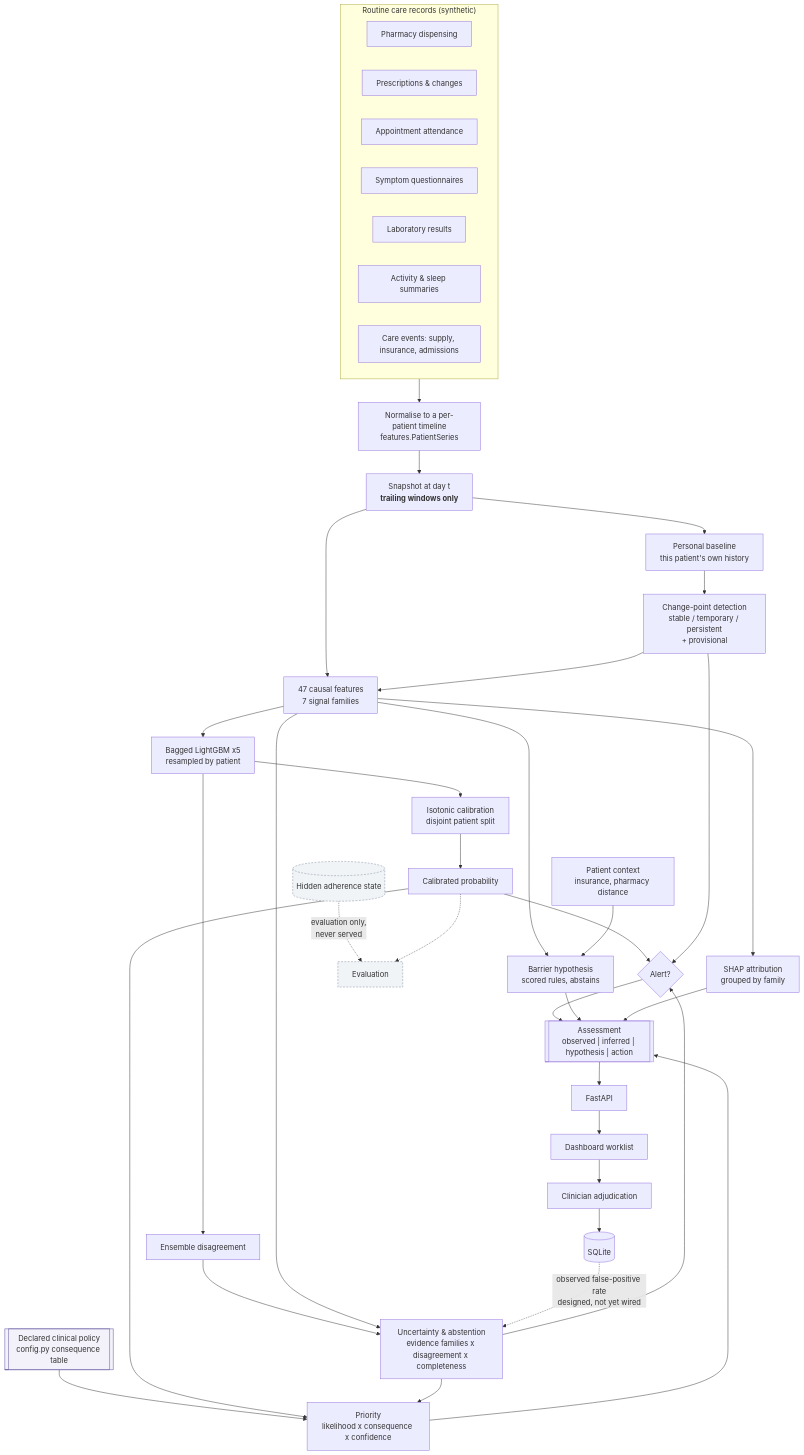
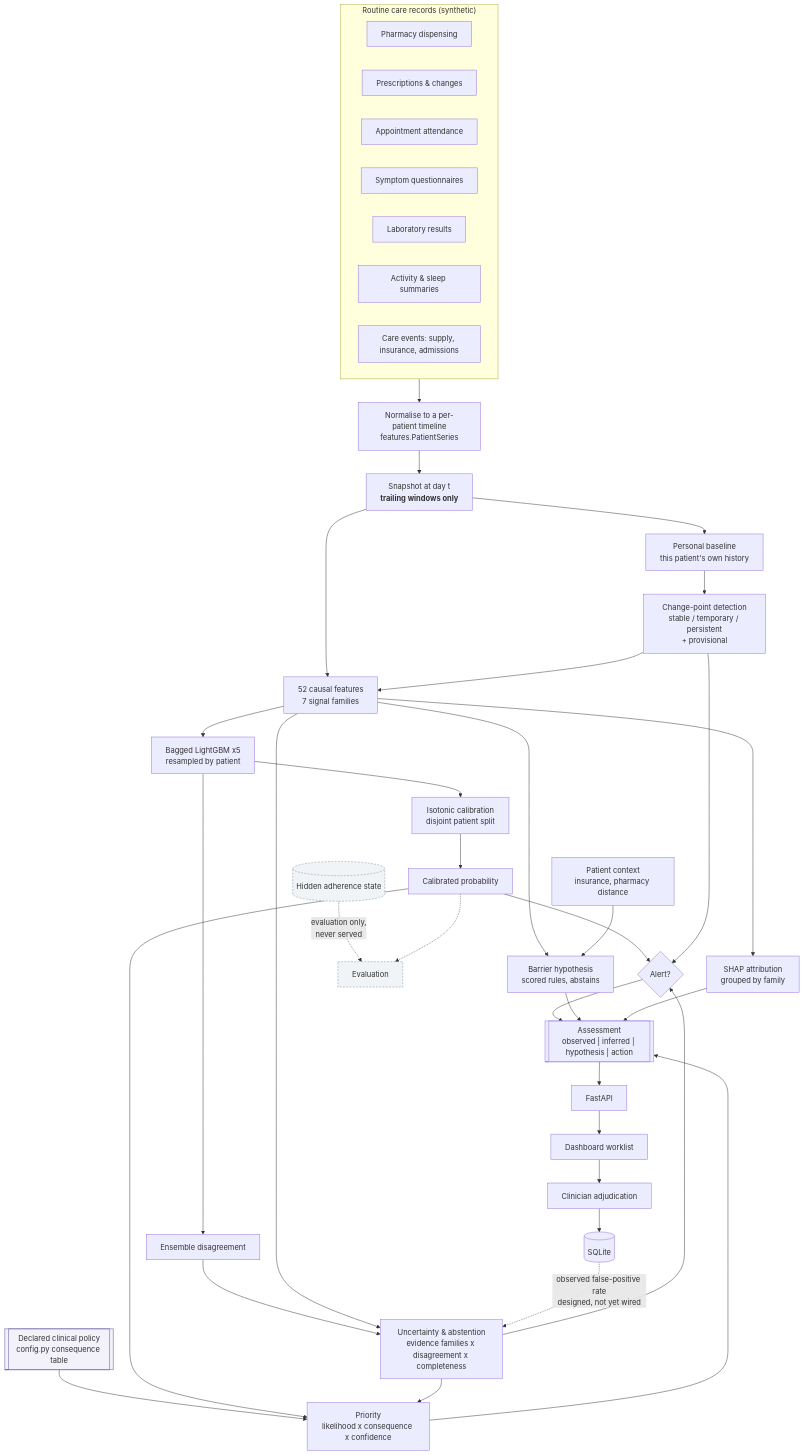
Before and after one commit to Marvel-md/DoseSense: the diagram in docs/architecture.md, drawn with Mermaid. The commit also changed other lines of this file and 23 other files, not shown here.

````diff
--- a/docs/architecture.md
+++ b/docs/architecture.md
@@ -5,63 +5,63 @@
 ```mermaid
 flowchart TD
     subgraph SRC["Routine care records (synthetic)"]
         A1[Pharmacy dispensing]
         A2[Prescriptions & changes]
         A3[Appointment attendance]
         A4[Symptom questionnaires]
         A5[Laboratory results]
         A6[Activity & sleep summaries]
         A7[Care events: supply, insurance, admissions]
     end
 
     SRC --> NORM[Normalise to a per-patient timeline<br/>features.PatientSeries]
 
     NORM --> SNAP["Snapshot at day t<br/><b>trailing windows only</b>"]
 
     SNAP --> BASE[Personal baseline<br/>this patient's own history]
-    SNAP --> FEAT[47 causal features<br/>7 signal families]
+    SNAP --> FEAT[52 causal features<br/>7 signal families]
 
     BASE --> CP[Change-point detection<br/>stable / temporary / persistent<br/>+ provisional]
     CP --> FEAT
 
     FEAT --> ENS[Bagged LightGBM x5<br/>resampled by patient]
     ENS --> CALIB[Isotonic calibration<br/>disjoint patient split]
     ENS --> SD[Ensemble disagreement]
 
     CALIB --> PROB[Calibrated probability]
     SD --> UNC
     FEAT --> UNC[Uncertainty & abstention<br/>evidence families x disagreement x completeness]
 
     PROB --> DEC{Alert?}
     UNC --> DEC
     CP --> DEC
 
     FEAT --> BAR[Barrier hypothesis<br/>scored rules, abstains]
     CTX[Patient context<br/>insurance, pharmacy distance] --> BAR
 
     POL[["Declared clinical policy<br/>config.py consequence table"]] --> PRIO
     PROB --> PRIO[Priority<br/>likelihood x consequence x confidence]
     UNC --> PRIO
 
     FEAT --> SHAP[SHAP attribution<br/>grouped by family]
 
     DEC --> ASSESS
     BAR --> ASSESS
     PRIO --> ASSESS
     SHAP --> ASSESS
     ASSESS[["Assessment<br/>observed | inferred | hypothesis | action"]]
 
     ASSESS --> API[FastAPI]
     API --> UI[Dashboard worklist]
     UI --> FB[Clinician adjudication]
     FB --> STORE[(SQLite)]
     STORE -.->|observed false-positive rate<br/>designed, not yet wired| UNC
 
     GT[(Hidden adherence state)] -.->|evaluation only,<br/>never served| EVAL[Evaluation]
     PROB -.-> EVAL
 
     classDef policy fill:#F3F1F9,stroke:#5B4C9A
     classDef hidden fill:#F1F4F7,stroke:#78889A,stroke-dasharray:4 3
     class POL policy
     class GT,EVAL hidden
 ```
````
